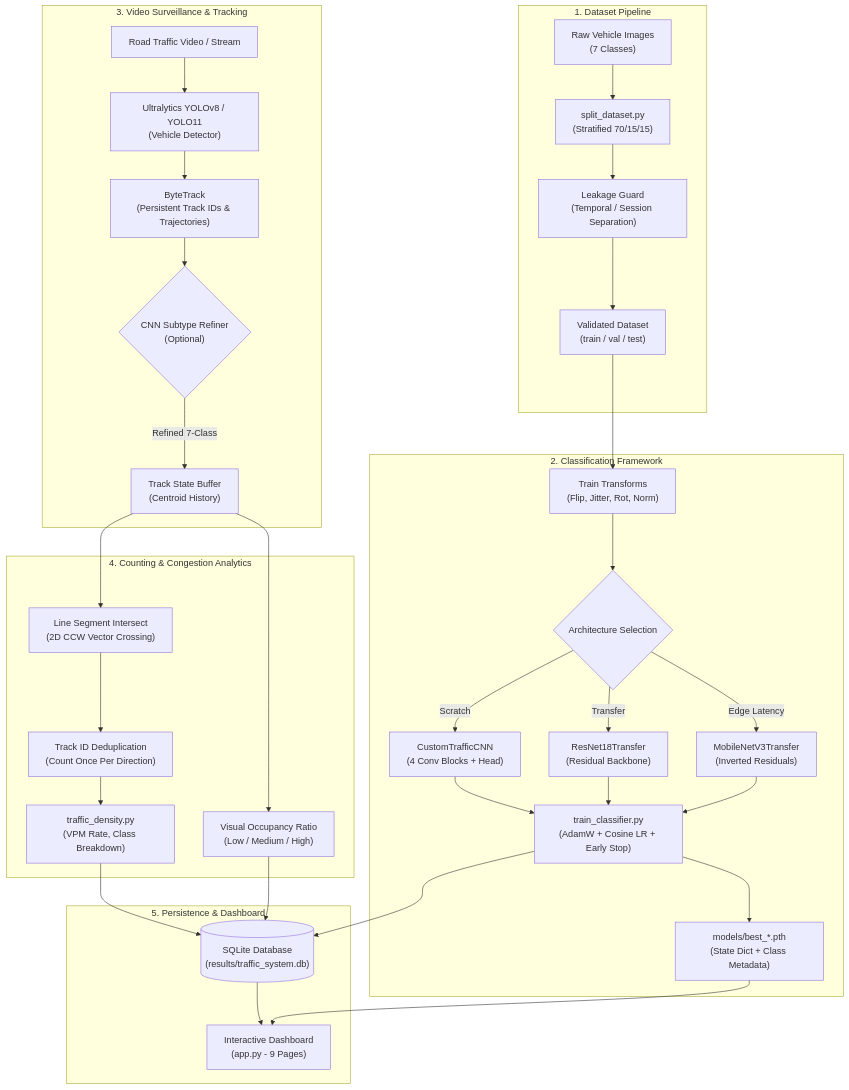
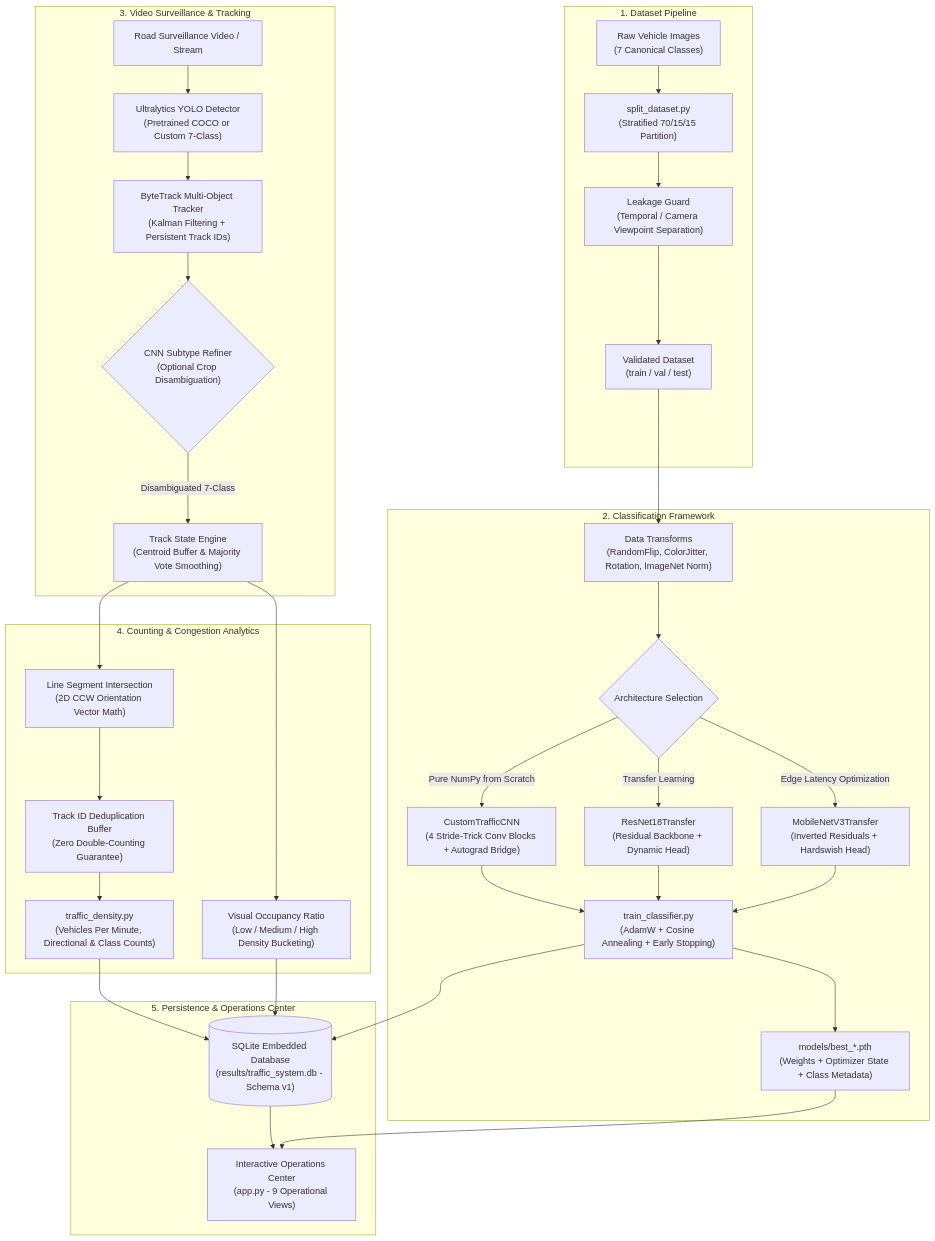
The diagram in README.md (Rudradatt/smart-traffic-monitoring), drawn with Mermaid before and after one commit. The commit also changed other lines of this file and 20 other files, not shown here.

````diff
--- a/README.md
+++ b/README.md
@@ -9,42 +9,42 @@
 ```mermaid
 flowchart TD
     subgraph DataPipeline["1. Dataset Pipeline"]
-        Raw["Raw Vehicle Images\n(7 Classes)"] --> Split["split_dataset.py\n(Stratified 70/15/15)"]
-        Split --> LeakCheck["Leakage Guard\n(Temporal / Session Separation)"]
+        Raw["Raw Vehicle Images\n(7 Canonical Classes)"] --> Split["split_dataset.py\n(Stratified 70/15/15 Partition)"]
+        Split --> LeakCheck["Leakage Guard\n(Temporal / Camera Viewpoint Separation)"]
         LeakCheck --> ValidSplits["Validated Dataset\n(train / val / test)"]
     end
 
     subgraph ClassifierTraining["2. Classification Framework"]
-        ValidSplits --> Aug["Train Transforms\n(Flip, Jitter, Rot, Norm)"]
+        ValidSplits --> Aug["Data Transforms\n(RandomFlip, ColorJitter, Rotation, ImageNet Norm)"]
         Aug --> Models{"Architecture Selection"}
-        Models --> |Scratch| CNN["CustomTrafficCNN\n(4 Conv Blocks + Head)"]
-        Models --> |Transfer| ResNet["ResNet18Transfer\n(Residual Backbone)"]
-        Models --> |Edge Latency| MobileNet["MobileNetV3Transfer\n(Inverted Residuals)"]
-        CNN --> TrainLoop["train_classifier.py\n(AdamW + Cosine LR + Early Stop)"]
+        Models --> |Pure NumPy from Scratch| CNN["CustomTrafficCNN\n(4 Stride-Trick Conv Blocks + Autograd Bridge)"]
+        Models --> |Transfer Learning| ResNet["ResNet18Transfer\n(Residual Backbone + Dynamic Head)"]
+        Models --> |Edge Latency Optimization| MobileNet["MobileNetV3Transfer\n(Inverted Residuals + Hardswish Head)"]
+        CNN --> TrainLoop["train_classifier.py\n(AdamW + Cosine Annealing + Early Stopping)"]
         ResNet --> TrainLoop
         MobileNet --> TrainLoop
-        TrainLoop --> Checkpoints["models/best_*.pth\n(State Dict + Class Metadata)"]
+        TrainLoop --> Checkpoints["models/best_*.pth\n(Weights + Optimizer State + Class Metadata)"]
     end
 
     subgraph VideoInference["3. Video Surveillance & Tracking"]
-        VideoInput["Road Traffic Video / Stream"] --> YOLO["Ultralytics YOLOv8 / YOLO11\n(Vehicle Detector)"]
-        YOLO --> Tracker["ByteTrack\n(Persistent Track IDs & Trajectories)"]
-        Tracker --> Refiner{"CNN Subtype Refiner\n(Optional)"}
-        Refiner --> |Refined 7-Class| TrackingState["Track State Buffer\n(Centroid History)"]
+        VideoInput["Road Surveillance Video / Stream"] --> YOLO["Ultralytics YOLO Detector\n(Pretrained COCO or Custom 7-Class)"]
+        YOLO --> Tracker["ByteTrack Multi-Object Tracker\n(Kalman Filtering + Persistent Track IDs)"]
+        Tracker --> Refiner{"CNN Subtype Refiner\n(Optional Crop Disambiguation)"}
+        Refiner --> |Disambiguated 7-Class| TrackingState["Track State Engine\n(Centroid Buffer & Majority Vote Smoothing)"]
     end
 
     subgraph AnalyticsEngine["4. Counting & Congestion Analytics"]
-        TrackingState --> LineCross["Line Segment Intersect\n(2D CCW Vector Crossing)"]
-        LineCross --> DupFilter["Track ID Deduplication\n(Count Once Per Direction)"]
-        DupFilter --> Metrics["traffic_density.py\n(VPM Rate, Class Breakdown)"]
-        TrackingState --> DensityProxy["Visual Occupancy Ratio\n(Low / Medium / High)"]
+        TrackingState --> LineCross["Line Segment Intersection\n(2D CCW Orientation Vector Math)"]
+        LineCross --> DupFilter["Track ID Deduplication Buffer\n(Zero Double-Counting Guarantee)"]
+        DupFilter --> Metrics["traffic_density.py\n(Vehicles Per Minute, Directional & Class Counts)"]
+        TrackingState --> DensityProxy["Visual Occupancy Ratio\n(Low / Medium / High Density Bucketing)"]
     end
 
-    subgraph UIandStorage["5. Persistence & Dashboard"]
-        TrainLoop --> SQLite[("SQLite Database\n(results/traffic_system.db)")]
+    subgraph UIandStorage["5. Persistence & Operations Center"]
+        TrainLoop --> SQLite[("SQLite Embedded Database\n(results/traffic_system.db - Schema v1)")]
         Metrics --> SQLite
         DensityProxy --> SQLite
-        SQLite --> StreamlitApp["Interactive Dashboard\n(app.py - 9 Pages)"]
+        SQLite --> StreamlitApp["Interactive Operations Center\n(app.py - 9 Operational Views)"]
         Checkpoints --> StreamlitApp
     end
 ```
````
